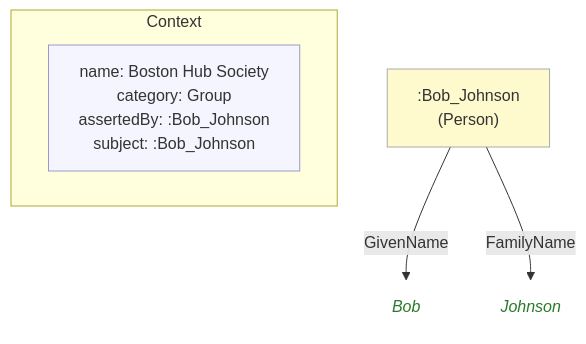
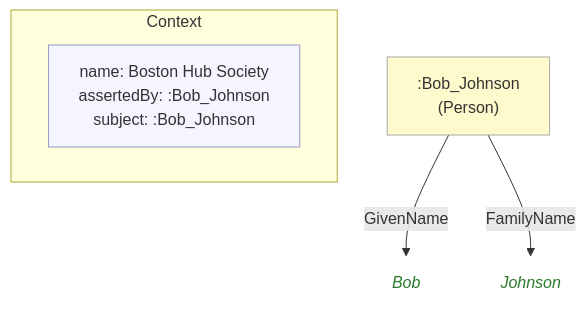
The diagram in example/images/09-bob(bhs)bob.mmd (MeeFoundation/mia-ontologies), drawn with Mermaid before and after one commit. The commit also changed 74 other files, not shown here.

First line of the commit message:
Rename c:contextCategory property to c:category (context.ttl v1.0.44)

```diff
--- a/example/images/09-bob(bhs)bob.mmd
+++ b/example/images/09-bob(bhs)bob.mmd
@@ -1,19 +1,18 @@
-%% ContextCategory: context:Group
 flowchart TD
     classDef person fill:#fffacd,stroke:#aaa,color:#333
     classDef grp    fill:#d4edda,stroke:#aaa,color:#333
     classDef org    fill:#cce5ff,stroke:#aaa,color:#333
     classDef lit    fill:none,stroke:none,font-style:italic,color:#2a7a2a
     classDef meta   fill:#f5f5ff,stroke:#9999cc,color:#333
 
     subgraph ctx["Context"]
         direction LR
-        ctx_meta["name: Boston Hub Society\ncategory: Group\nassertedBy: :Bob_Johnson\nsubject: :Bob_Johnson"]:::meta
+        ctx_meta["name: Boston Hub Society\nassertedBy: :Bob_Johnson\nsubject: :Bob_Johnson"]:::meta
     end
 
     n166b15bd501b[":Bob_Johnson\n(Person)"]:::person
-    n3f3902bf8eaa("Bob"):::lit
-    nd0f7d62a07f6("Johnson"):::lit
+    n61aab92d9bb4("Bob"):::lit
+    n39fb0e3e2c47("Johnson"):::lit
 
-    n166b15bd501b -->|"GivenName"| n3f3902bf8eaa
-    n166b15bd501b -->|"FamilyName"| nd0f7d62a07f6
+    n166b15bd501b -->|"GivenName"| n61aab92d9bb4
+    n166b15bd501b -->|"FamilyName"| n39fb0e3e2c47
```
